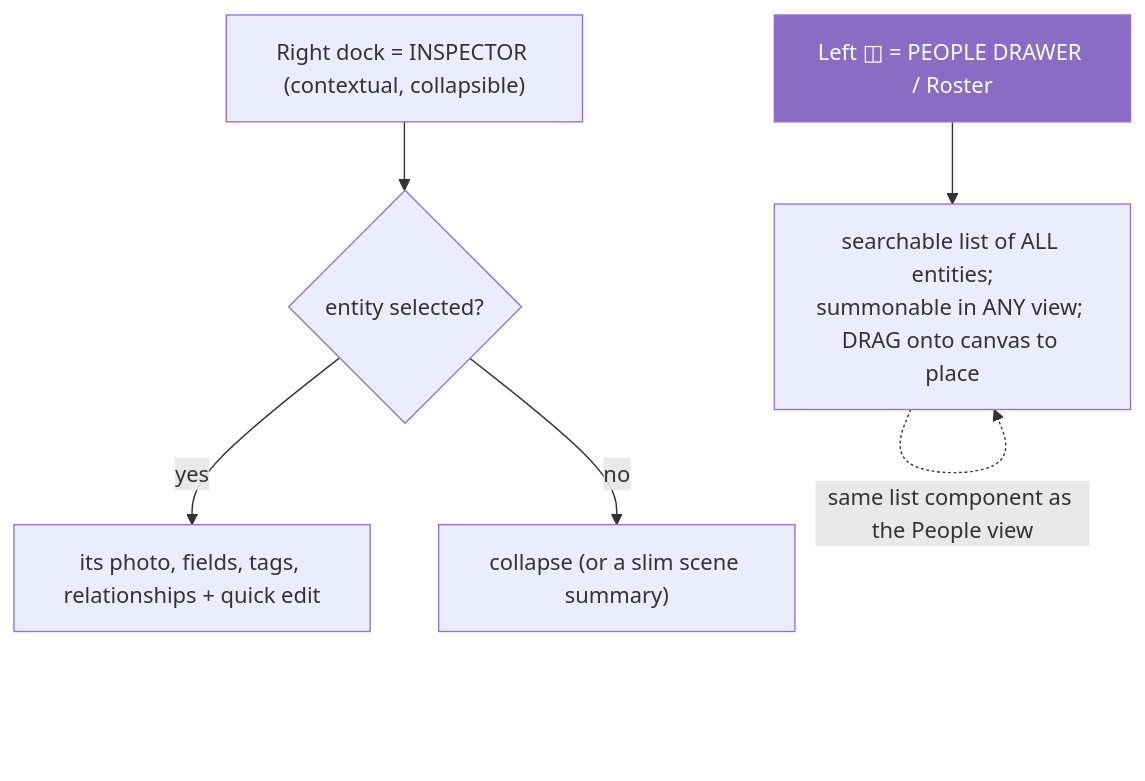
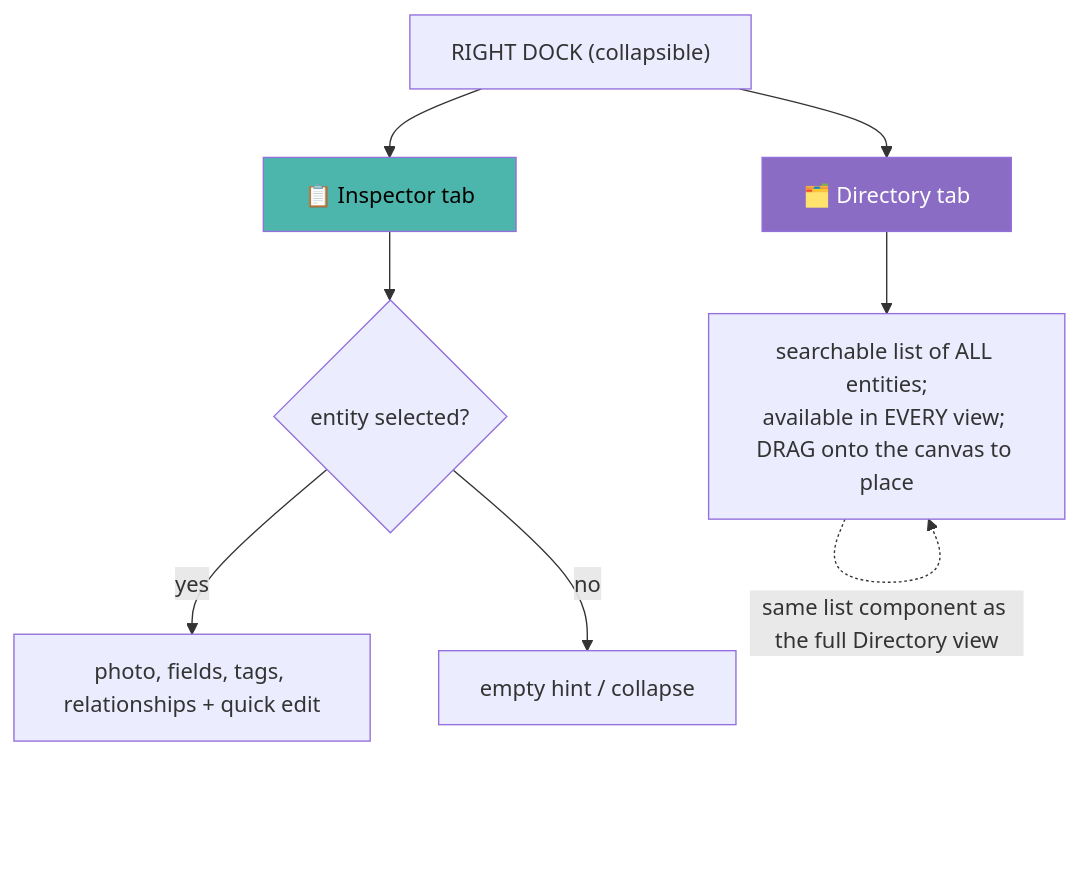
Diagram 14 of 16 in docs/temp-client-structure.md (TommyChan6/ModernFamilyTree), drawn with Mermaid before and after one commit. The commit also changed other lines of this file, not shown here.

````diff
--- a/docs/temp-client-structure.md
+++ b/docs/temp-client-structure.md
@@ -449,9 +479,11 @@
 ```mermaid
 flowchart TD
-    RP["Right dock = INSPECTOR (contextual, collapsible)"] --> sel{"entity selected?"}
-    sel -->|yes| det["its photo, fields, tags, relationships + quick edit"]
-    sel -->|no| coll["collapse (or a slim scene summary)"]
-    DR["Left ◫ = PEOPLE DRAWER / Roster"] --> src["searchable list of ALL entities;<br/>summonable in ANY view; DRAG onto canvas to place"]
-    src -. "same list component as the People view" .-> src
-    style DR fill:#8b6cc5,color:#fff
+    RD["RIGHT DOCK (collapsible)"] --> I["📋 Inspector tab"] & D["🗂️ Directory tab"]
+    I --> sel{"entity selected?"}
+    sel -->|yes| det["photo, fields, tags, relationships + quick edit"]
+    sel -->|no| coll["empty hint / collapse"]
+    D --> src["searchable list of ALL entities;<br/>available in EVERY view; DRAG onto the canvas to place"]
+    src -. "same list component as the full Directory view" .-> src
+    style D fill:#8b6cc5,color:#fff
+    style I fill:#4db6ac,color:#000
 ```
````
